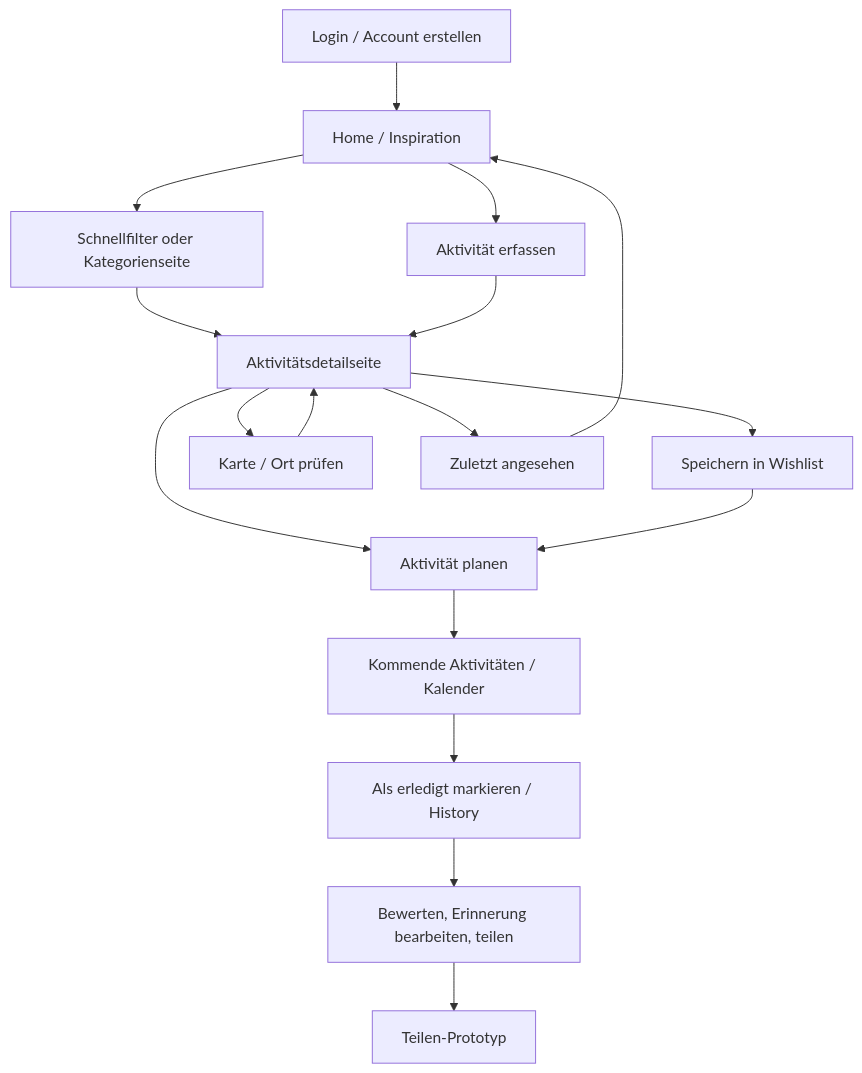
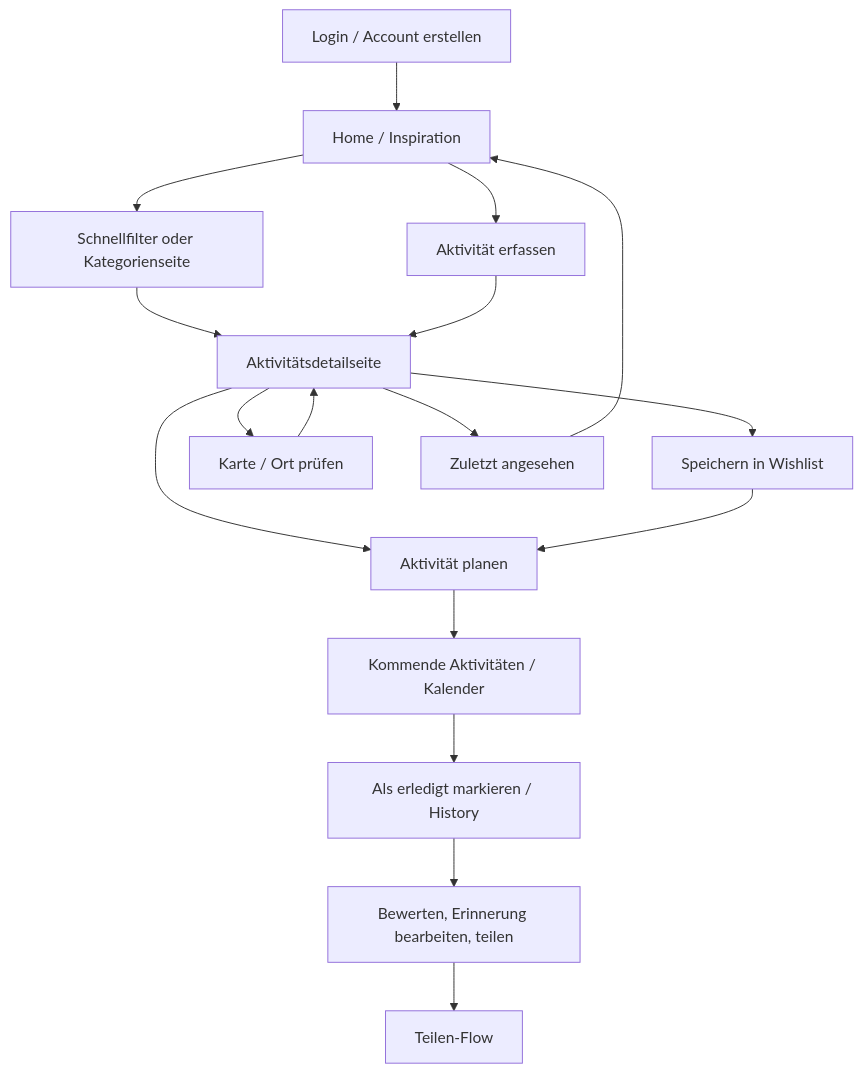
Before and after one commit to schjan06/Projekt_DatePlanner: the first of 3 diagrams in README.md, drawn with Mermaid. The commit also changed other lines of this file and 10 other files, not shown here.

````diff
--- a/README.md
+++ b/README.md
@@ -125,20 +125,20 @@
 ```mermaid
 flowchart TD
     Start["Login / Account erstellen"] --> Home["Home / Inspiration"]
     Home --> Filters["Schnellfilter oder Kategorienseite"]
     Filters --> Detail["Aktivitätsdetailseite"]
     Detail --> Wishlist["Speichern in Wishlist"]
     Detail --> Plan["Aktivität planen"]
     Wishlist --> Plan
     Plan --> Upcoming["Kommende Aktivitäten / Kalender"]
     Upcoming --> History["Als erledigt markieren / History"]
     History --> Review["Bewerten, Erinnerung bearbeiten, teilen"]
-    Review --> Community["Teilen-Prototyp"]
+    Review --> Community["Teilen-Flow"]
 
     Detail --> Map["Karte / Ort prüfen"]
     Map --> Detail
     Home --> Create["Aktivität erfassen"]
     Create --> Detail
     Detail --> Recent["Zuletzt angesehen"]
     Recent --> Home
 ```
````
